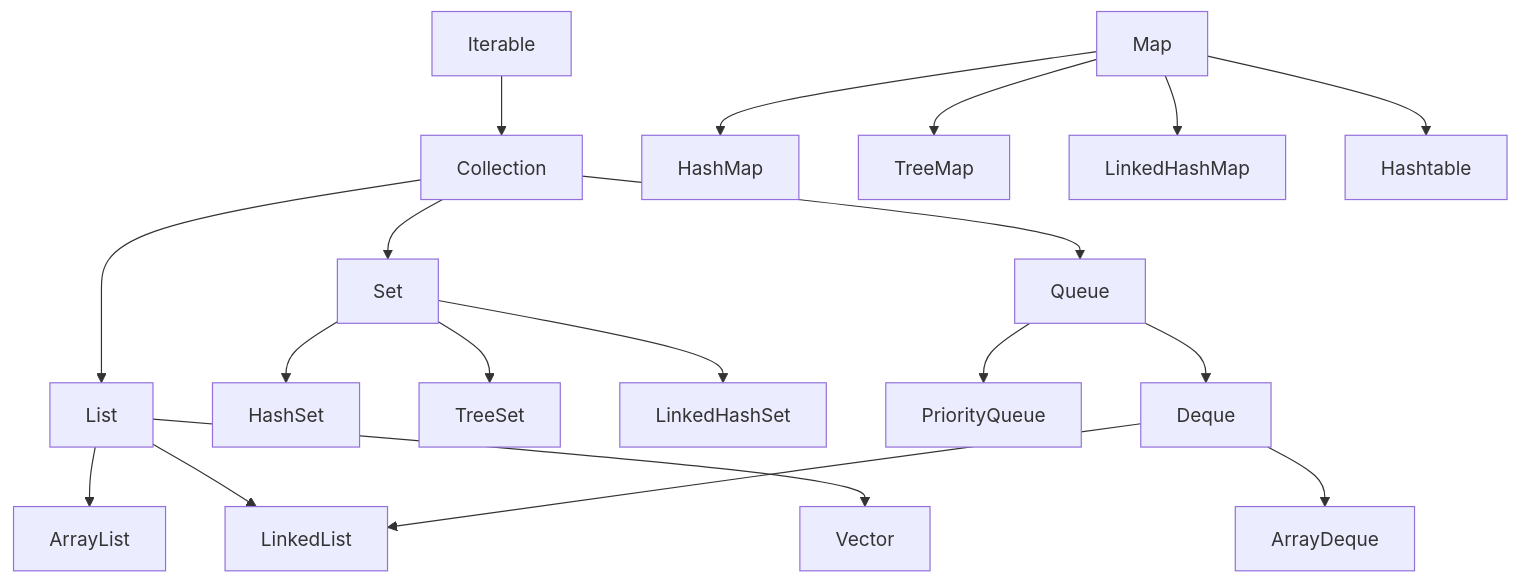
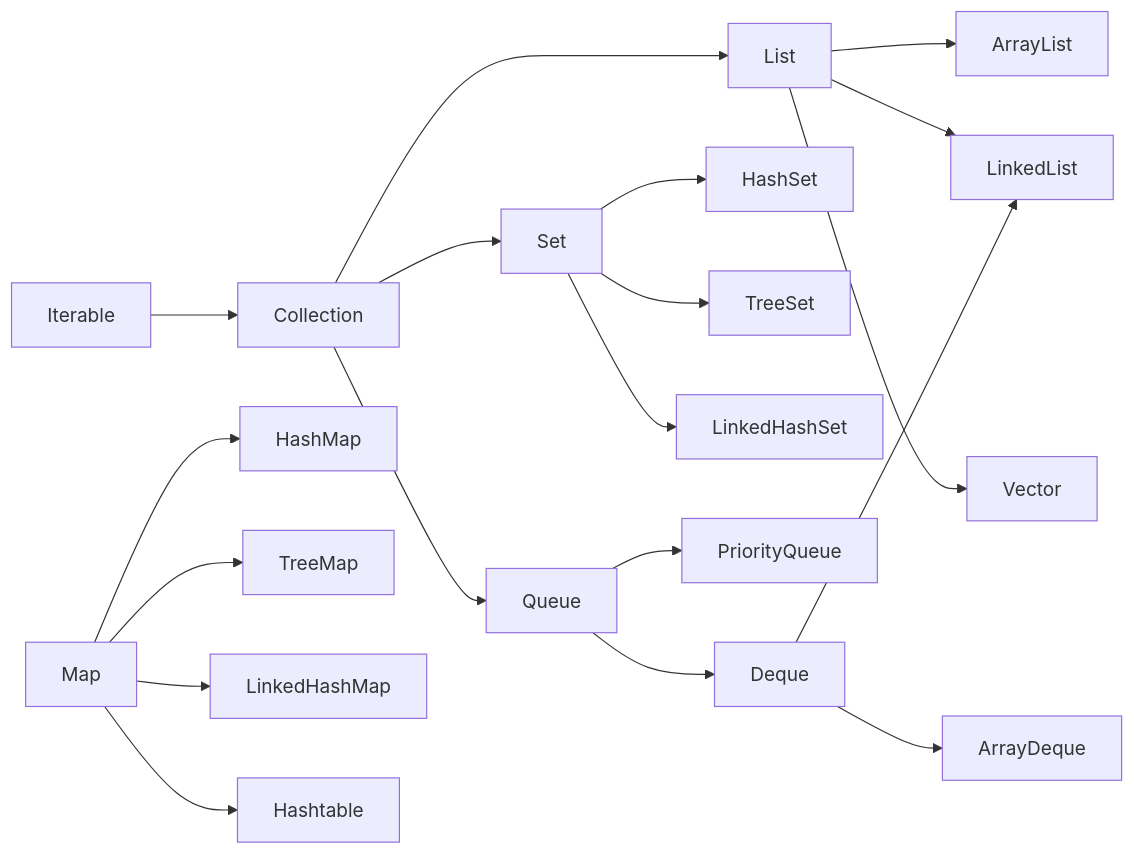
One commit to amitdevx/TY changed the diagram in 02-Semester-VI/CS-351-MJ-T-Advanced-Java/Unit-1.md. Above: the diagram before and after it, drawn with Mermaid. The commit also changed 65 other files, not shown here.

Commit message:
fix:graph vertical

````diff
--- a/02-Semester-VI/CS-351-MJ-T-Advanced-Java/Unit-1.md
+++ b/02-Semester-VI/CS-351-MJ-T-Advanced-Java/Unit-1.md
@@ -43,21 +43,21 @@
 ```mermaid
-graph TD
+graph LR
   Iterable --> Collection
   Collection --> List
   Collection --> Set
   Collection --> Queue
   List --> ArrayList
   List --> LinkedList
   List --> Vector
   Set --> HashSet
   Set --> TreeSet
   Set --> LinkedHashSet
   Queue --> PriorityQueue
   Queue --> Deque
   Deque --> ArrayDeque
   Deque --> LinkedList
   Map --> HashMap
   Map --> TreeMap
   Map --> LinkedHashMap
   Map --> Hashtable
 ```
````
